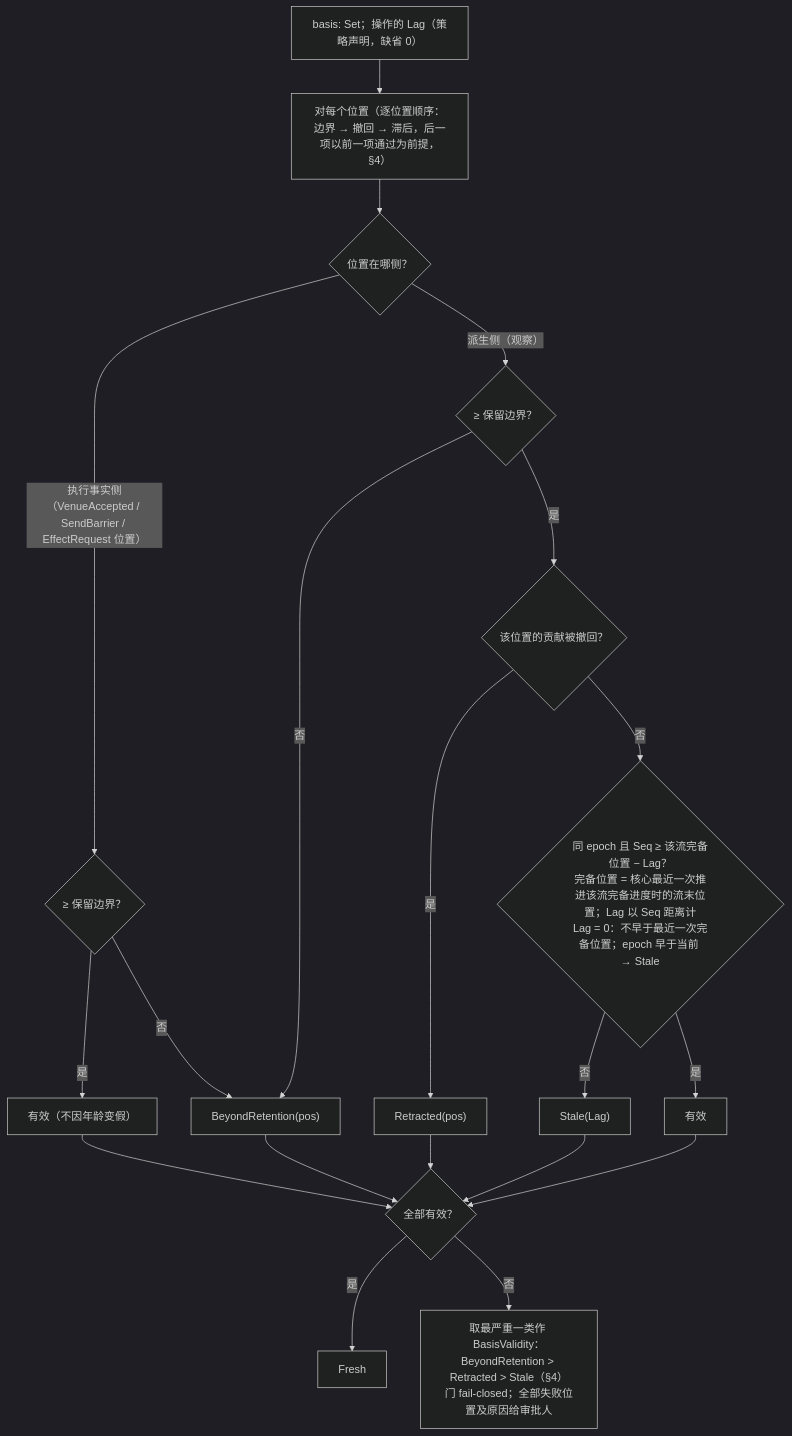
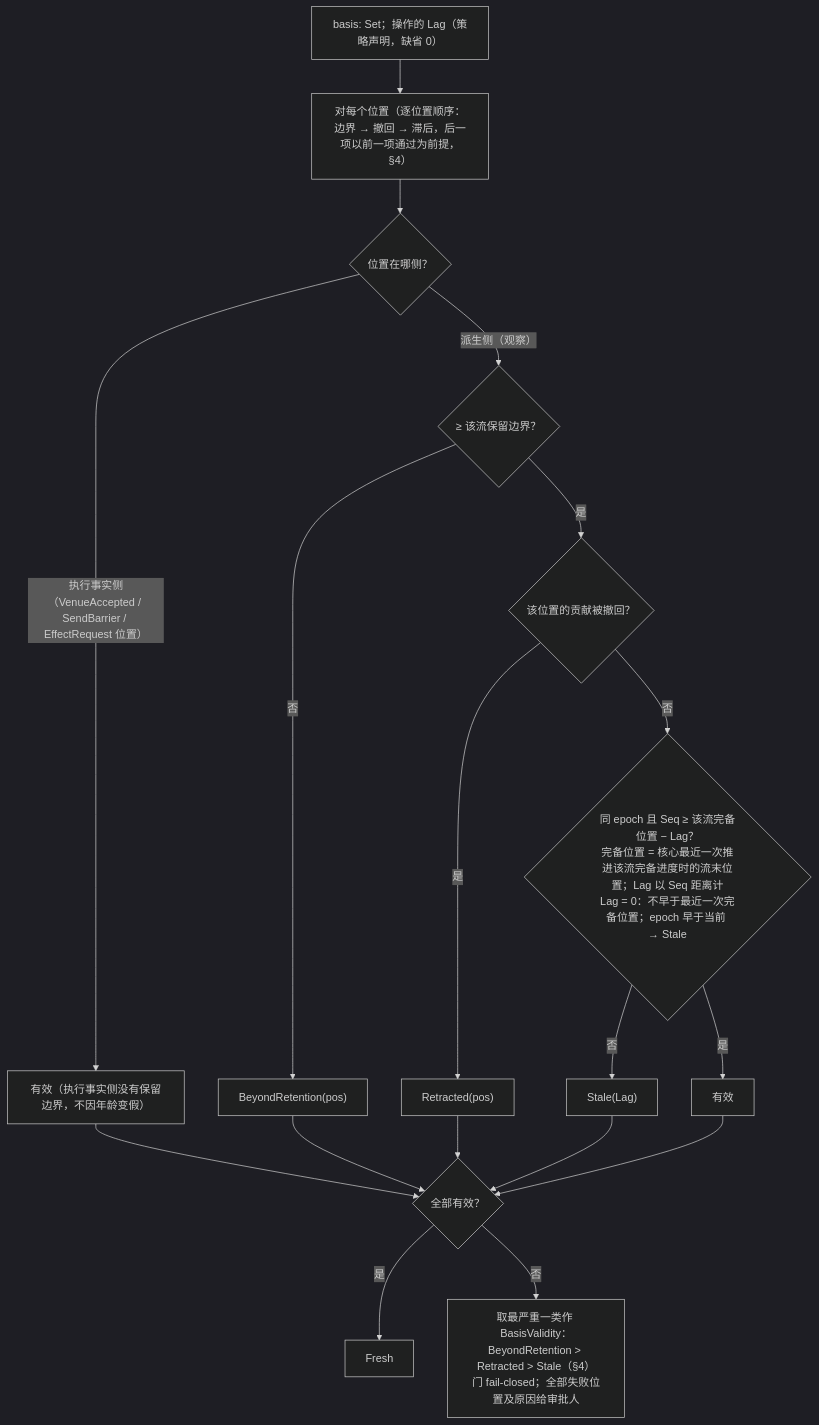
The third of 3 diagrams in design/diagrams/08-retention-and-references.md (mouriya-s-lab/uta), drawn with Mermaid (dark theme) before and after one commit. The commit also changed other lines of this file and 6 other files, not shown here.

````diff
--- a/design/diagrams/08-retention-and-references.md
+++ b/design/diagrams/08-retention-and-references.md
@@ -71,23 +72,21 @@
 ```mermaid
 flowchart TB
   IN["basis: Set<LogPosition>；操作的 Lag（策略声明，缺省 0）"]
   IN --> EACH["对每个位置（逐位置顺序：边界 → 撤回 → 滞后，后一项以前一项通过为前提，§4）"]
   EACH --> SIDE{"位置在哪侧？"}
-  SIDE -->|"执行事实侧（VenueAccepted / SendBarrier / EffectRequest 位置）"| E1{"≥ 保留边界？"}
-  E1 -->|"是"| EOK["有效（不因年龄变假）"]
-  E1 -->|"否"| BR["BeyondRetention(pos)"]
-  SIDE -->|"派生侧（观察）"| D1{"≥ 保留边界？"}
-  D1 -->|"否"| BR
+  SIDE -->|"执行事实侧（VenueAccepted / SendBarrier / EffectRequest 位置）"| EOK["有效（执行事实侧没有保留边界，不因年龄变假）"]
+  SIDE -->|"派生侧（观察）"| D1{"≥ 该流保留边界？"}
+  D1 -->|"否"| BR["BeyondRetention(pos)"]
   D1 -->|"是"| D2{"该位置的贡献被撤回？"}
   D2 -->|"是"| RT["Retracted(pos)"]
   D2 -->|"否"| D3{"同 epoch 且 Seq ≥ 该流完备位置 − Lag？<br/>完备位置 = 核心最近一次推进该流完备进度时的流末位置；Lag 以 Seq 距离计<br/>Lag = 0：不早于最近一次完备位置；epoch 早于当前 → Stale"}
   D3 -->|"否"| ST["Stale(Lag)"]
   D3 -->|"是"| DOK["有效"]
   EOK --> AGG
   DOK --> AGG
   AGG{"全部有效？"} -->|"是"| FRESH["Fresh"]
   AGG -->|"否"| NOT["取最严重一类作 BasisValidity：BeyondRetention > Retracted > Stale（§4）<br/>门 fail-closed；全部失败位置及原因给审批人"]
   BR --> AGG
   RT --> AGG
   ST --> AGG
 ```
````
